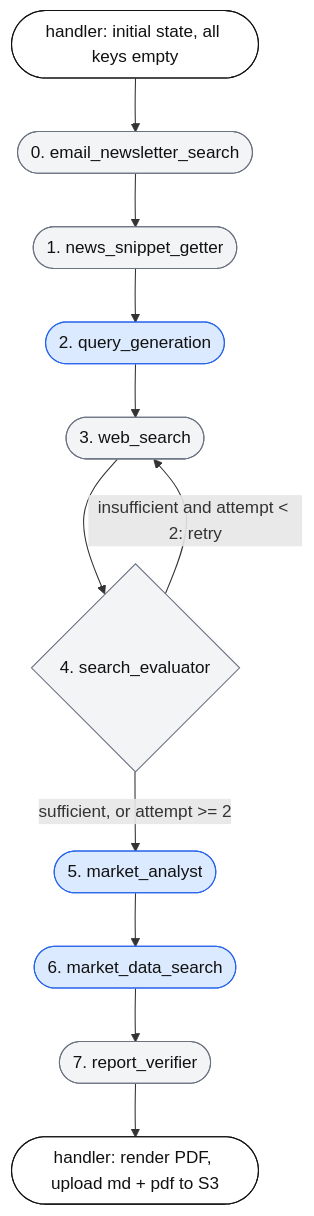
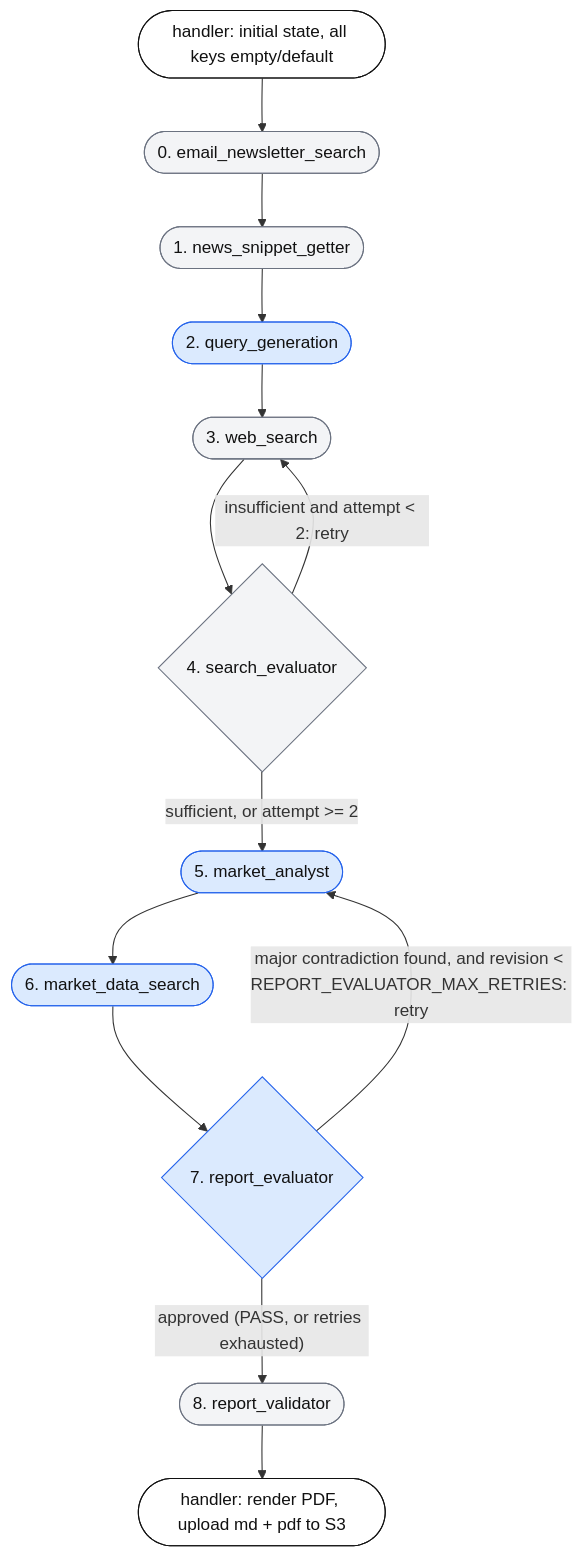
One commit to jyjulianwong/Investment-News-Analysis-AI changed the second of 11 diagrams in ARCHITECTURE.md. Above: the diagram before and after it, drawn with Mermaid. The commit also changed other lines of this file and 18 other files, not shown here.

First line of the commit message:
Add Pydantic state/schema validation, query-aware query generation, and report evaluator loop

````diff
--- a/ARCHITECTURE.md
+++ b/ARCHITECTURE.md
@@ -27,22 +27,26 @@
 ```mermaid
 flowchart TD
-    START(["handler: initial state, all keys empty"]):::edge
+    START(["handler: initial state, all keys empty/default"]):::edge
     N0(["0. email_newsletter_search"]):::det
     N1(["1. news_snippet_getter"]):::det
     N2(["2. query_generation"]):::llm
     N3(["3. web_search"]):::det
     N4{"4. search_evaluator"}:::det
     N5(["5. market_analyst"]):::llm
     N6(["6. market_data_search"]):::llm
-    N7(["7. report_verifier"]):::det
+    N7{"7. report_evaluator"}:::llm
+    N8(["8. report_validator"]):::det
     FIN(["handler: render PDF, upload md + pdf to S3"]):::edge
 
     START --> N0 --> N1 --> N2 --> N3 --> N4
     N4 -->|"insufficient and attempt < 2: retry"| N3
     N4 -->|"sufficient, or attempt >= 2"| N5
-    N5 --> N6 --> N7 --> FIN
+    N5 --> N6 --> N7
+    N7 -->|"major contradiction found, and revision < REPORT_EVALUATOR_MAX_RETRIES: retry"| N5
+    N7 -->|"approved (PASS, or retries exhausted)"| N8
+    N8 --> FIN
 
     classDef llm fill:#dbeafe,stroke:#2563eb,color:#111;
     classDef det fill:#f3f4f6,stroke:#6b7280,color:#111;
     classDef edge fill:#fff,stroke:#111,color:#111;
 ```
````
